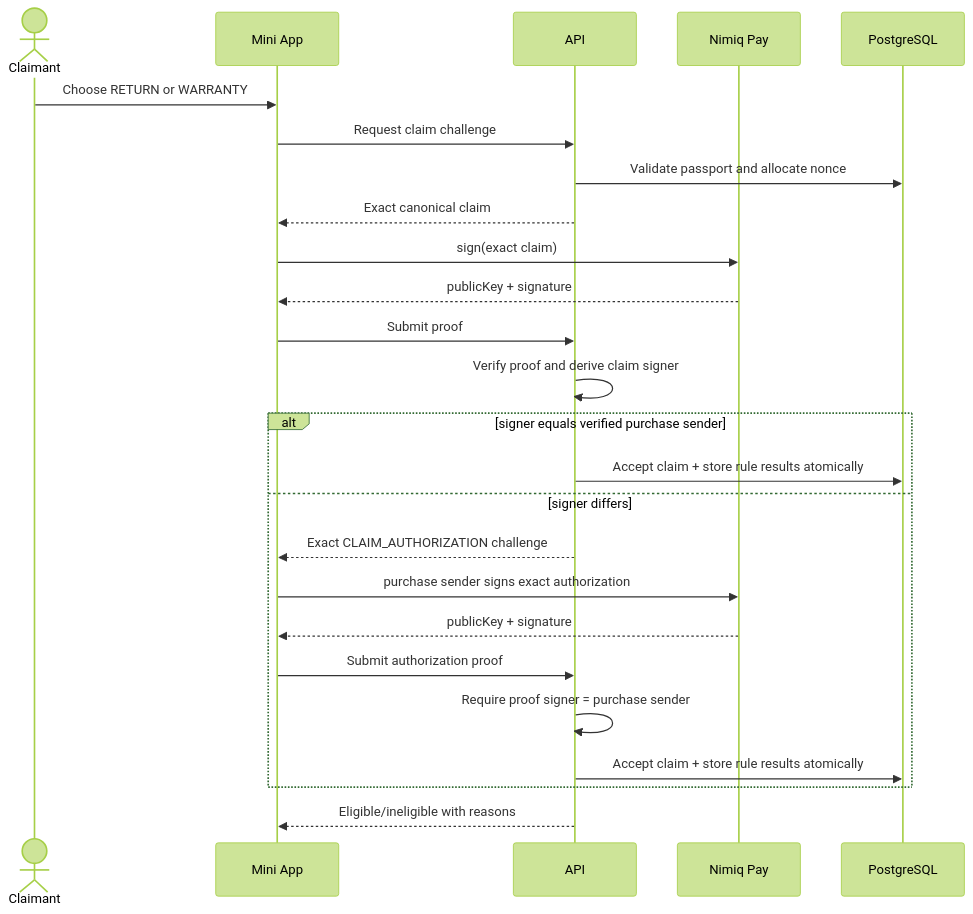
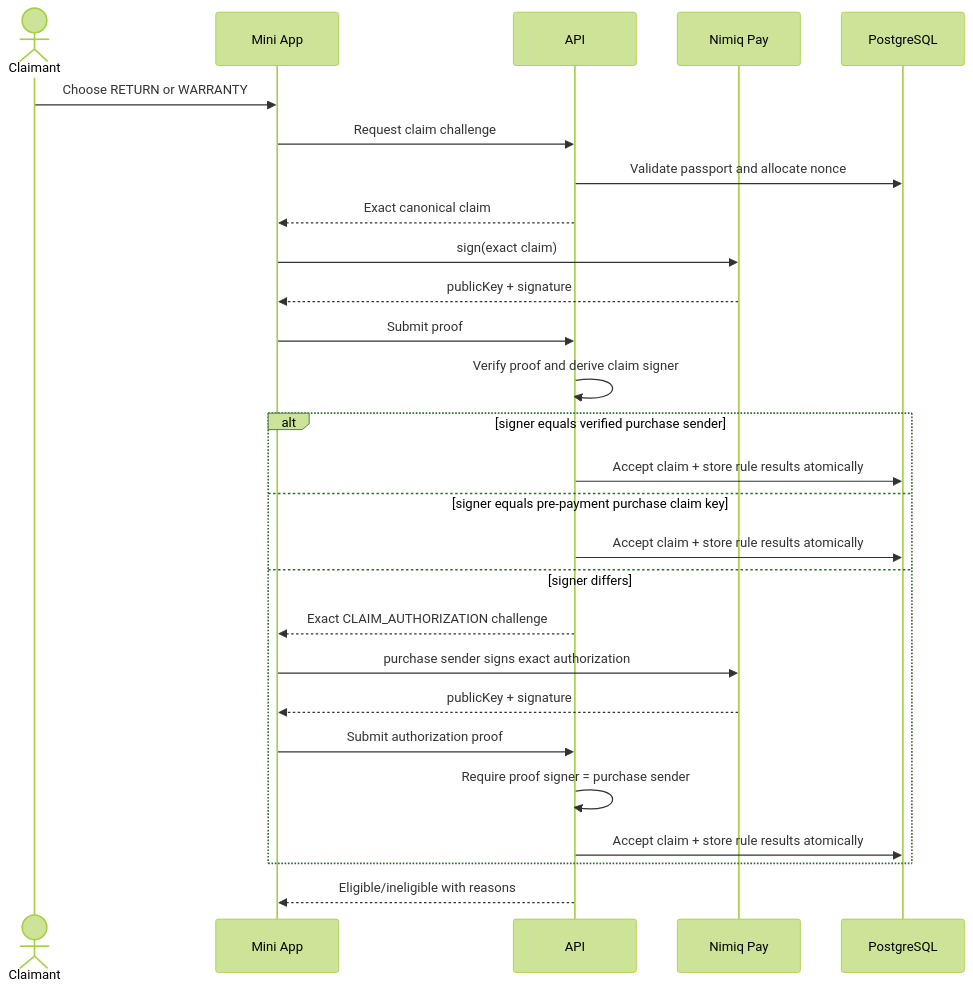
The fourth of 6 diagrams in ARCHITECTURE.md (shreshth006/NimReturn), drawn with Mermaid (forest theme) before and after one commit. The commit also changed other lines of this file and 9 other files, not shown here.

````diff
--- a/ARCHITECTURE.md
+++ b/ARCHITECTURE.md
@@ -192,27 +199,29 @@
 ```mermaid
 sequenceDiagram
     actor B as Claimant
     participant W as Mini App
     participant A as API
     participant P as Nimiq Pay
     participant D as PostgreSQL
     B->>W: Choose RETURN or WARRANTY
     W->>A: Request claim challenge
     A->>D: Validate passport and allocate nonce
     A-->>W: Exact canonical claim
     W->>P: sign(exact claim)
     P-->>W: publicKey + signature
     W->>A: Submit proof
     A->>A: Verify proof and derive claim signer
     alt signer equals verified purchase sender
         A->>D: Accept claim + store rule results atomically
+    else signer equals pre-payment purchase claim key
+        A->>D: Accept claim + store rule results atomically
     else signer differs
         A-->>W: Exact CLAIM_AUTHORIZATION challenge
         W->>P: purchase sender signs exact authorization
         P-->>W: publicKey + signature
         W->>A: Submit authorization proof
         A->>A: Require proof signer = purchase sender
         A->>D: Accept claim + store rule results atomically
     end
     A-->>W: Eligible/ineligible with reasons
 ```
````
